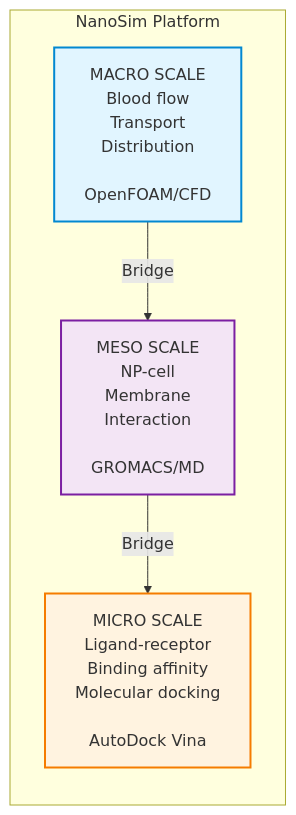
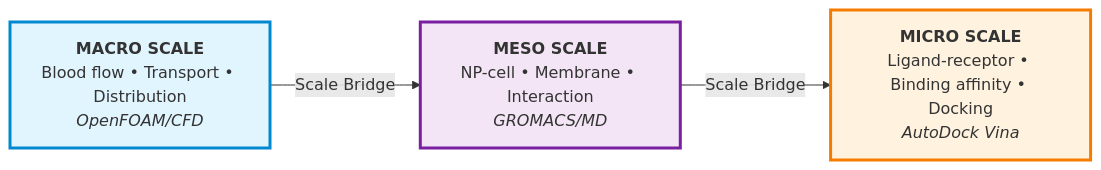
The diagram in README.md (xiaojunyang0805/NanoSim), drawn with Mermaid before and after one commit. The commit also changed 1 other file, not shown here.

Commit message:
Improve architecture diagram layout for better readability
Changes to Multi-Scale Integration diagram:
- Made boxes wider and shorter (better horizontal layout)
- Used bullet points (•) instead of line breaks for compactness
- Added bold for scale names, italic for tools
- Removed subgraph box (cleaner appearance)
- Increased stroke width for better visibility
- Labeled arrows as "Scale Bridge" for clarity

Result: More compact, professional, and easier to read on GitHub.

🤖 Generated with [Claude Code](https://claude.com/claude-code)

````diff
--- a/README.md
+++ b/README.md
@@ -71,15 +71,12 @@
 ```mermaid
-graph LR
-    subgraph NanoSim["NanoSim Platform"]
-        A[MACRO SCALE<br/>Blood flow<br/>Transport<br/>Distribution<br/><br/>OpenFOAM/CFD]
-        B[MESO SCALE<br/>NP-cell<br/>Membrane<br/>Interaction<br/><br/>GROMACS/MD]
-        C[MICRO SCALE<br/>Ligand-receptor<br/>Binding affinity<br/>Molecular docking<br/><br/>AutoDock Vina]
+flowchart LR
+    A["<b>MACRO SCALE</b><br/>Blood flow • Transport • Distribution<br/><i>OpenFOAM/CFD</i>"]
+    B["<b>MESO SCALE</b><br/>NP-cell • Membrane • Interaction<br/><i>GROMACS/MD</i>"]
+    C["<b>MICRO SCALE</b><br/>Ligand-receptor • Binding affinity • Docking<br/><i>AutoDock Vina</i>"]
 
-        A -->|Bridge| B
-        B -->|Bridge| C
-    end
+    A -->|Scale Bridge| B -->|Scale Bridge| C
 
-    style A fill:#e1f5ff,stroke:#0288d1,stroke-width:2px
-    style B fill:#f3e5f5,stroke:#7b1fa2,stroke-width:2px
-    style C fill:#fff3e0,stroke:#f57c00,stroke-width:2px
+    style A fill:#e1f5ff,stroke:#0288d1,stroke-width:3px
+    style B fill:#f3e5f5,stroke:#7b1fa2,stroke-width:3px
+    style C fill:#fff3e0,stroke:#f57c00,stroke-width:3px
 ```
````
